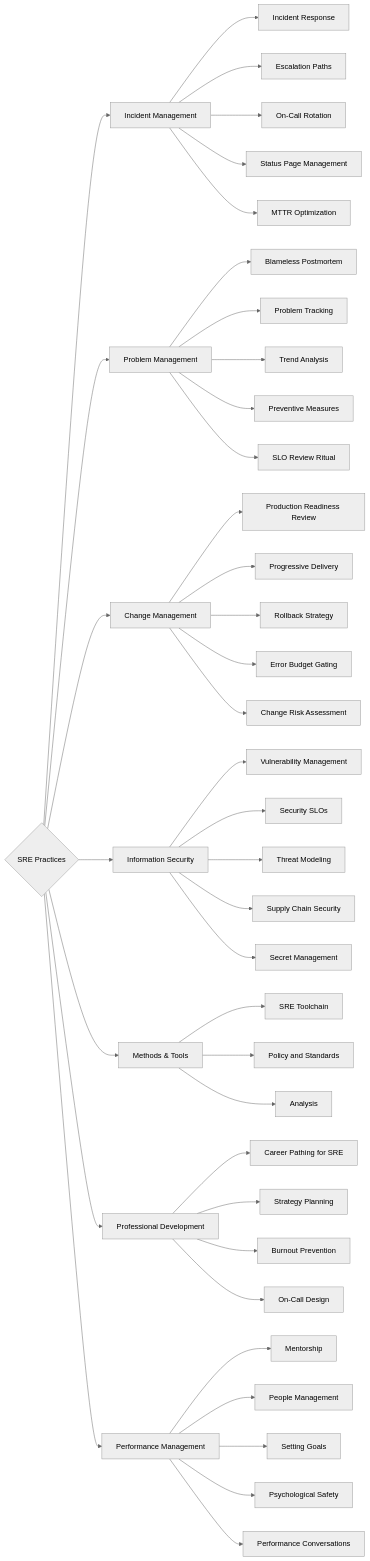
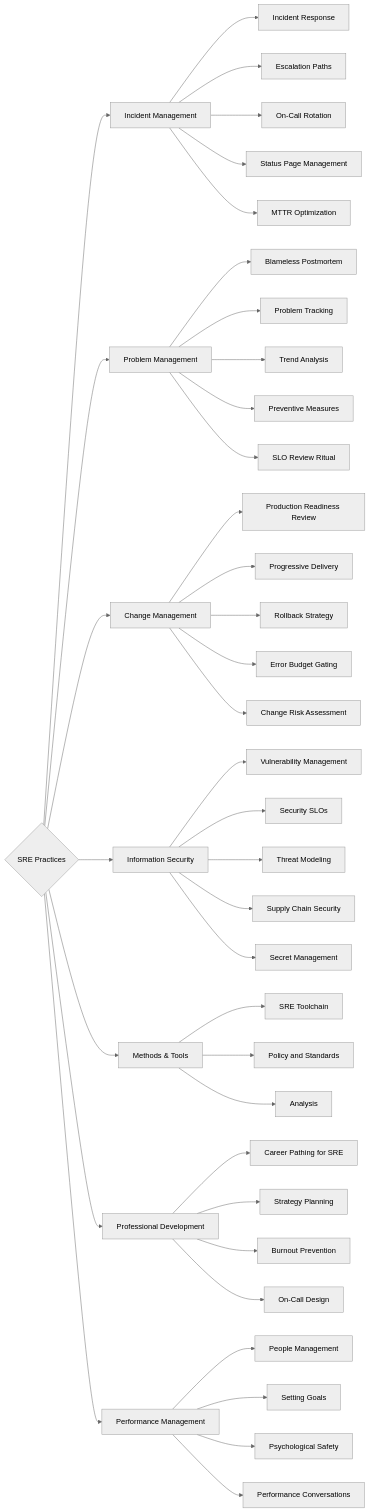
One commit to jtprogru/The-Way-of-SRE changed the diagram in docs/sre-practices.md. Above: the diagram before and after it, drawn with Mermaid (neutral theme). The commit also changed other lines of this file and 1 other file, not shown here.

First line of the commit message:
docs(graphs): применить overlaps 10/11/6 — удалить дубли из Culture и Practices

````diff
--- a/docs/sre-practices.md
+++ b/docs/sre-practices.md
@@ -21,50 +21,49 @@
 ```mermaid
 graph LR
     SREPractices{SRE Practices}
     SREPractices --> USUP[Incident Management]
     SREPractices --> PBMG[Problem Management]
     SREPractices --> CHMG[Change Management]
     SREPractices --> SCTY[Information Security]
     SREPractices --> METL[Methods & Tools]
     SREPractices --> PDSV[Professional Development]
     SREPractices --> PEMT[Performance Management]
 
     USUP --> IncidentResponse[Incident Response]
     USUP --> EscalationPaths[Escalation Paths]
     USUP --> OnCallRotation[On-Call Rotation]
     USUP --> StatusPage[Status Page Management]
     USUP --> MTTR[MTTR Optimization]
 
     PBMG --> BlamelessPostmortem[Blameless Postmortem]
     PBMG --> ProblemTracking[Problem Tracking]
     PBMG --> TrendAnalysis[Trend Analysis]
     PBMG --> PreventiveMeasures[Preventive Measures]
     PBMG --> SLOReviewRitual[SLO Review Ritual]
 
     CHMG --> ProductionReadiness[Production Readiness Review]
     CHMG --> ProgressiveDelivery[Progressive Delivery]
     CHMG --> RollbackStrategy[Rollback Strategy]
     CHMG --> ErrorBudgetGating[Error Budget Gating]
     CHMG --> ChangeRiskAssessment[Change Risk Assessment]
 
     SCTY --> VulnerabilityMgmt[Vulnerability Management]
     SCTY --> SecuritySLOs[Security SLOs]
     SCTY --> ThreatModeling[Threat Modeling]
     SCTY --> SupplyChainSecurity[Supply Chain Security]
     SCTY --> SecretManagement[Secret Management]
 
     METL --> SREToolchain[SRE Toolchain]
     METL --> PolicyManagement[Policy and Standards]
     METL --> Analysis[Analysis]
 
     PDSV --> CareerPathing[Career Pathing for SRE]
     PDSV --> StrategyPlanning[Strategy Planning]
     PDSV --> BurnoutPrevention[Burnout Prevention]
     PDSV --> OnCallDesign[On-Call Design]
 
-    PEMT --> Mentorship[Mentorship]
     PEMT --> PeopleMgmt[People Management]
     PEMT --> SettingGoals[Setting Goals]
     PEMT --> PsychologicalSafety[Psychological Safety]
     PEMT --> PerformanceConversations[Performance Conversations]
 ```
````
